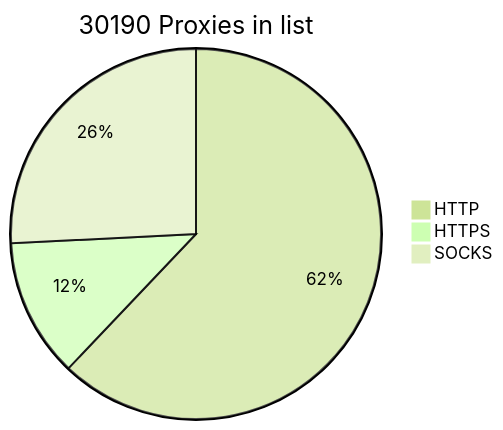
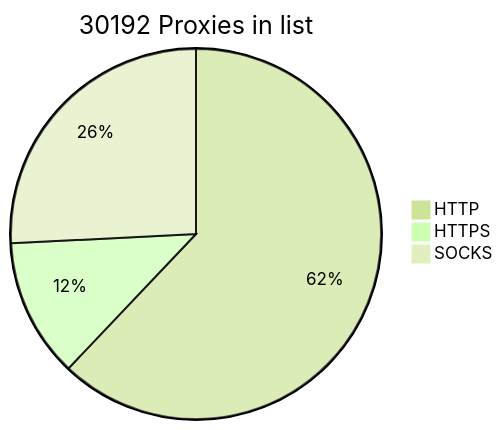
One commit to BlackSnowDot/proxylist-update-every-minute changed the diagram in README.md. Above: the diagram before and after it, drawn with Mermaid (forest theme).

````diff
--- a/README.md
+++ b/README.md
@@ -2,6 +2,6 @@
 ```mermaid
-pie title 30190 Proxies in list
-    "HTTP" : 20597
-    "HTTPS": 4018
+pie title 30192 Proxies in list
+    "HTTP" : 20596
+    "HTTPS": 4020
     "SOCKS" : 8560
 ```
````
